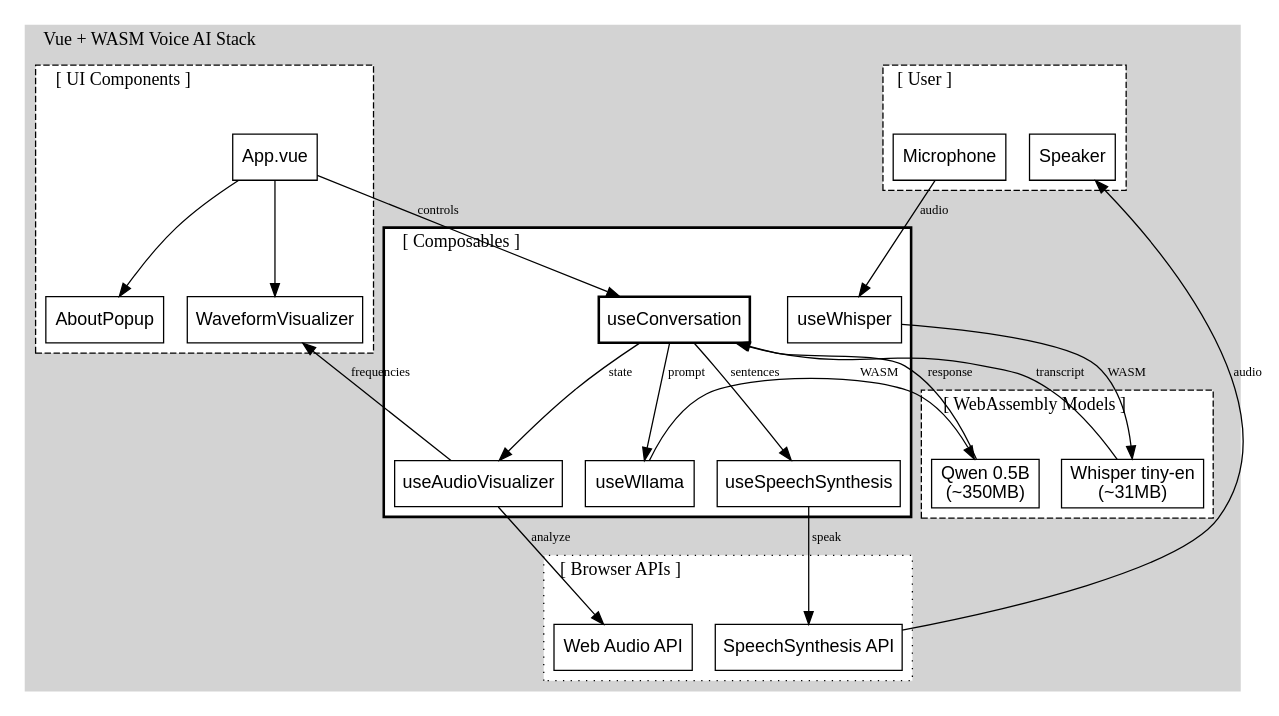
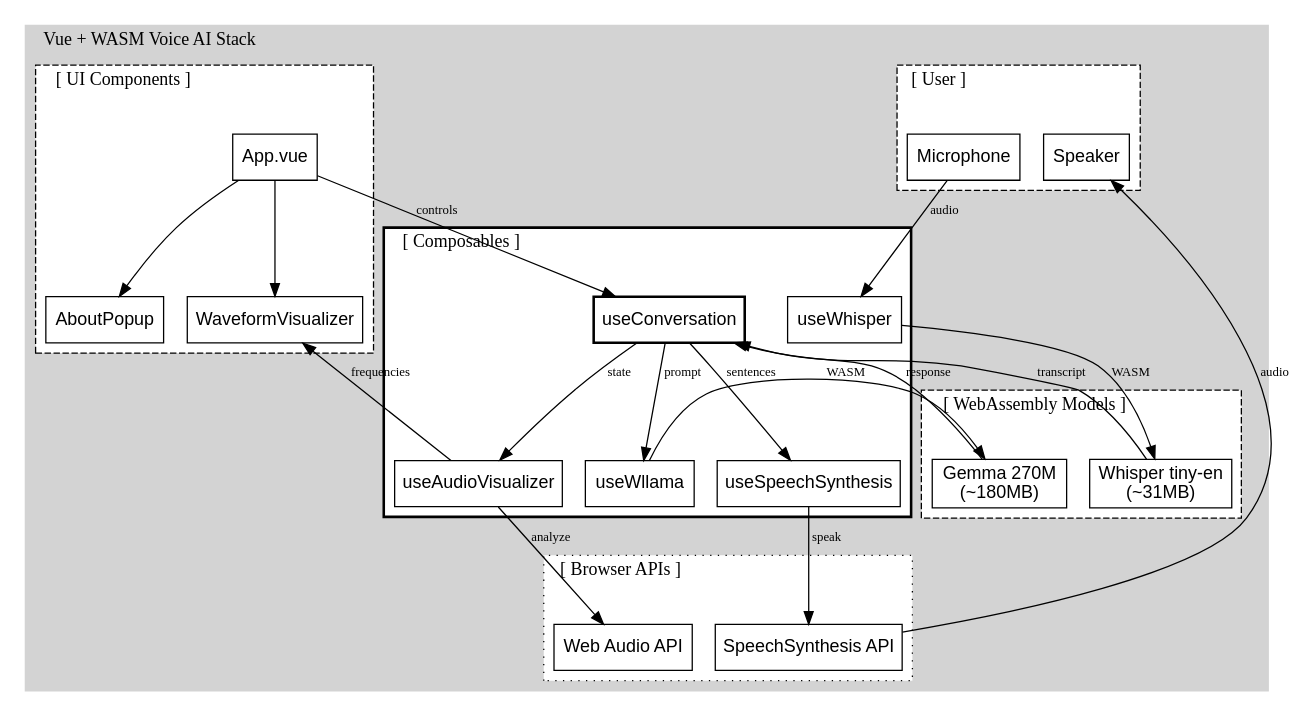
Before and after one commit to muthuspark/ava: the diagram in docs/architecture.dot, drawn with Graphviz. The commit also changed 10 other files, not shown here.

```diff
--- a/docs/architecture.dot
+++ b/docs/architecture.dot
@@ -1,93 +1,93 @@
 digraph Ava {
     rankdir=TB
     fontname="JetBrains Mono, Courier New, monospace"
     compound=true
     
     // Global Styles
     node [shape=box, style="bold", fontname="Helvetica,Arial,sans-serif", color=black, fillcolor=white]
     edge [fontname="JetBrains Mono", fontsize=10, color=black]
     graph [bgcolor=white, fontname="JetBrains Mono", labeljust="l"]
 
 
     subgraph cluster_browser {
         label = "Vue + WASM Voice AI Stack";
         style=filled;
         color=lightgrey;
         node [style=filled, fillcolor=white];
         // User layer
         subgraph cluster_user {
             label="[ User ]"
             style=dashed
             color=black
             
             mic [label="Microphone"]
             speaker [label="Speaker"]
         }
     
         // UI layer
         subgraph cluster_ui {
             label="[ UI Components ]"
             style=dashed
             color=black
     
             app [label="App.vue"]
             visualizer [label="WaveformVisualizer"]
             about [label="AboutPopup"]
         }
     
         // Composables layer
         subgraph cluster_composables {
             label="[ Composables ]"
             style=solid
             penwidth=2
             color=black
     
             conversation [label="useConversation", penwidth=2]
             whisper [label="useWhisper"]
             wllama [label="useWllama"]
             tts [label="useSpeechSynthesis"]
             audioViz [label="useAudioVisualizer"]
         }
     
         // WASM layer
         subgraph cluster_wasm {
             label="[ WebAssembly Models ]"
             style=dashed
             color=black
     
             whisperModel [label="Whisper tiny-en\n(~31MB)"]
-            qwenModel [label="Qwen 0.5B\n(~350MB)"]
+            gemmaModel [label="Gemma 270M\n(~180MB)"]
         }
     
         // Browser API
         subgraph cluster_browser {
             label="[ Browser APIs ]"
             style=dotted
             color=black
     
             webAudio [label="Web Audio API"]
             speechSynth [label="SpeechSynthesis API"]
         }
         
     }
     // Data flow
     mic -> whisper [label="audio"]
     whisper -> whisperModel [label="WASM"]
     whisperModel -> conversation [label="transcript"]
 
     conversation -> wllama [label="prompt"]
-    wllama -> qwenModel [label="WASM"]
-    qwenModel -> conversation [label="response"]
+    wllama -> gemmaModel [label="WASM"]
+    gemmaModel -> conversation [label="response"]
 
     conversation -> tts [label="sentences"]
     tts -> speechSynth [label="speak"]
     speechSynth -> speaker [label="audio"]
 
     conversation -> audioViz [label="state"]
     audioViz -> webAudio [label="analyze"]
     audioViz -> visualizer [label="frequencies"]
 
     app -> conversation [label="controls"]
     app -> visualizer
     app -> about
 }
```
